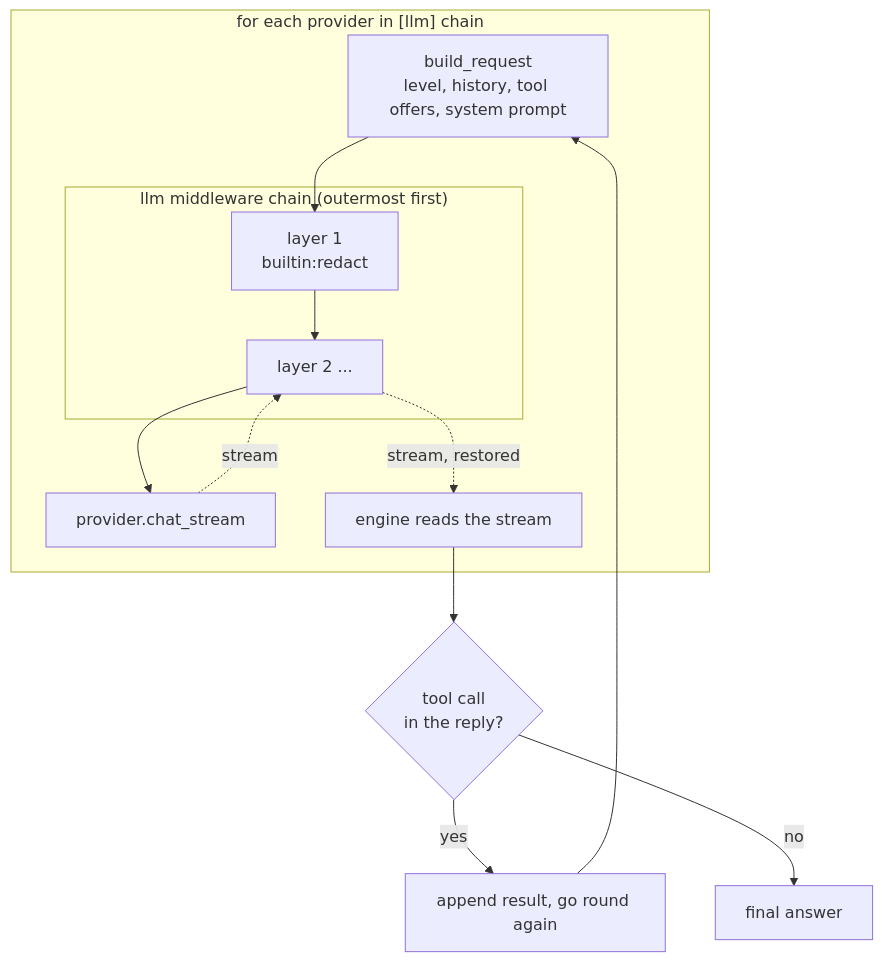
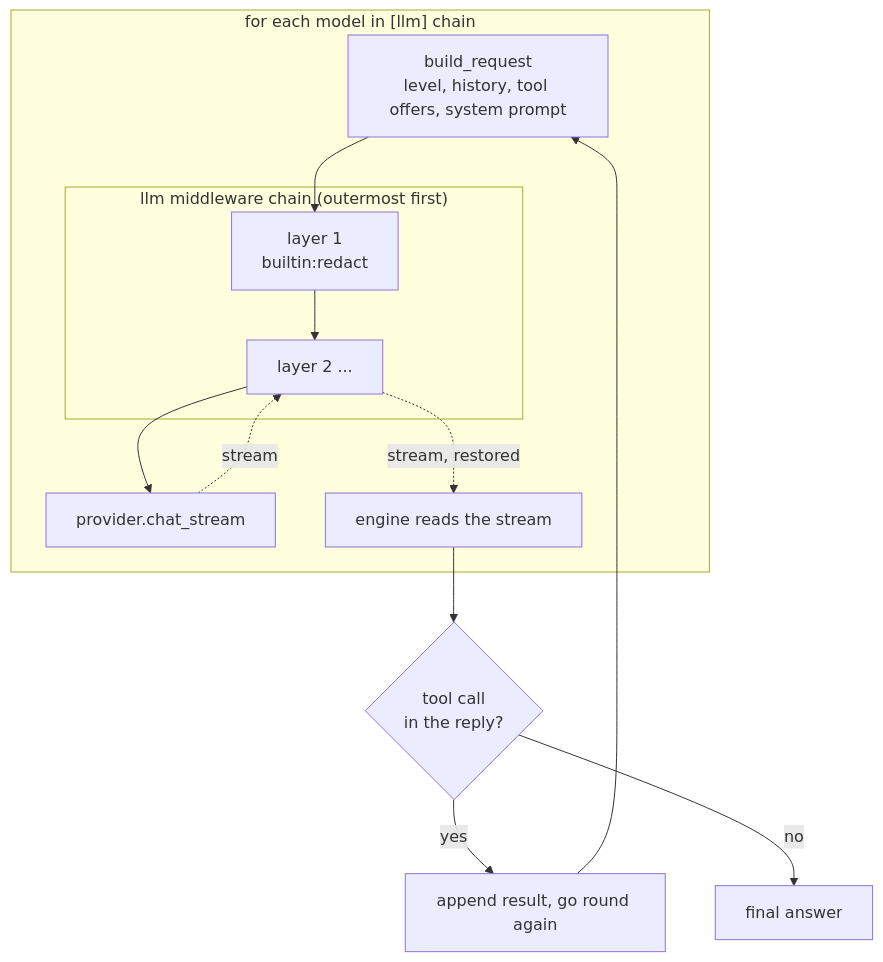
Before and after one commit to paulomenin/shellmate: the first of 2 diagrams in website/src/content/docs/docs/concepts/llm-pipeline.md, drawn with Mermaid. The commit also changed other lines of this file and 16 other files, not shown here.

````diff
--- a/website/src/content/docs/docs/concepts/llm-pipeline.md
+++ b/website/src/content/docs/docs/concepts/llm-pipeline.md
@@ -8,18 +8,18 @@
 ```mermaid
 flowchart TB
-    subgraph per["for each provider in [llm] chain"]
+    subgraph per["for each model in [llm] chain"]
         build["build_request<br/>level, history, tool offers, system prompt"]
         subgraph chain["llm middleware chain (outermost first)"]
             m1["layer 1<br/>builtin:redact"] --> m2["layer 2 ..."]
         end
         term["provider.chat_stream"]
         build --> m1
         m2 --> term
         term -. "stream" .-> m2
         m2 -. "stream, restored" .-> out["engine reads the stream"]
     end
     out --> tools{"tool call<br/>in the reply?"}
     tools -- "yes" --> next["append result, go round again"]
     next --> build
     tools -- "no" --> done["final answer"]
 ```
````
